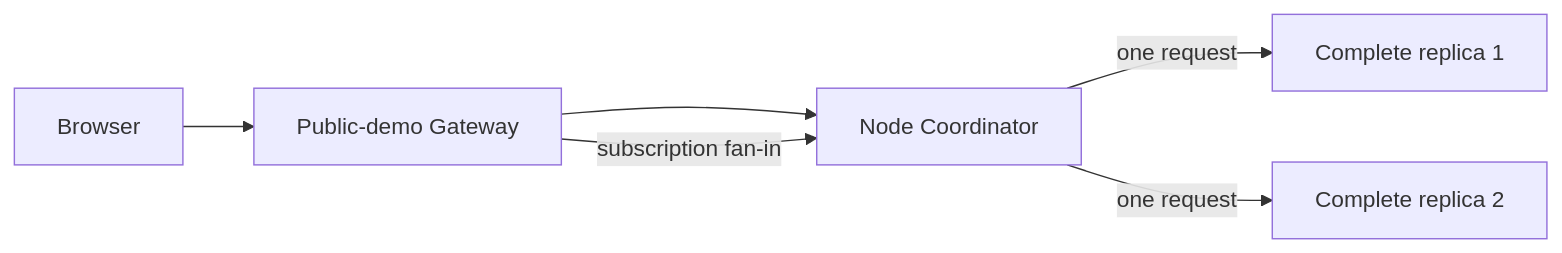
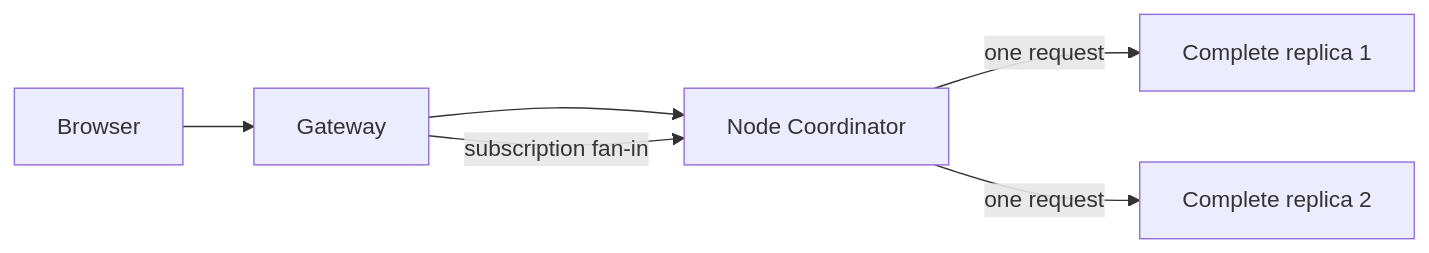
Before and after one commit to SpineEventEngine/spine-ts: the diagram in examples/message-board/deploy/README.md, drawn with Mermaid. The commit also changed other lines of this file and 78 other files, not shown here.

````diff
--- a/examples/message-board/deploy/README.md
+++ b/examples/message-board/deploy/README.md
@@ -8,8 +8,8 @@
 ```mermaid
 flowchart LR
-  Browser --> Gateway[Public-demo Gateway]
+  Browser --> Gateway[Gateway]
   Gateway --> Coordinator[Node Coordinator]
   Coordinator -->|one request| AppOne[Complete replica 1]
   Coordinator -->|one request| AppTwo[Complete replica 2]
   Gateway -->|subscription fan-in| Coordinator
 ```
````
